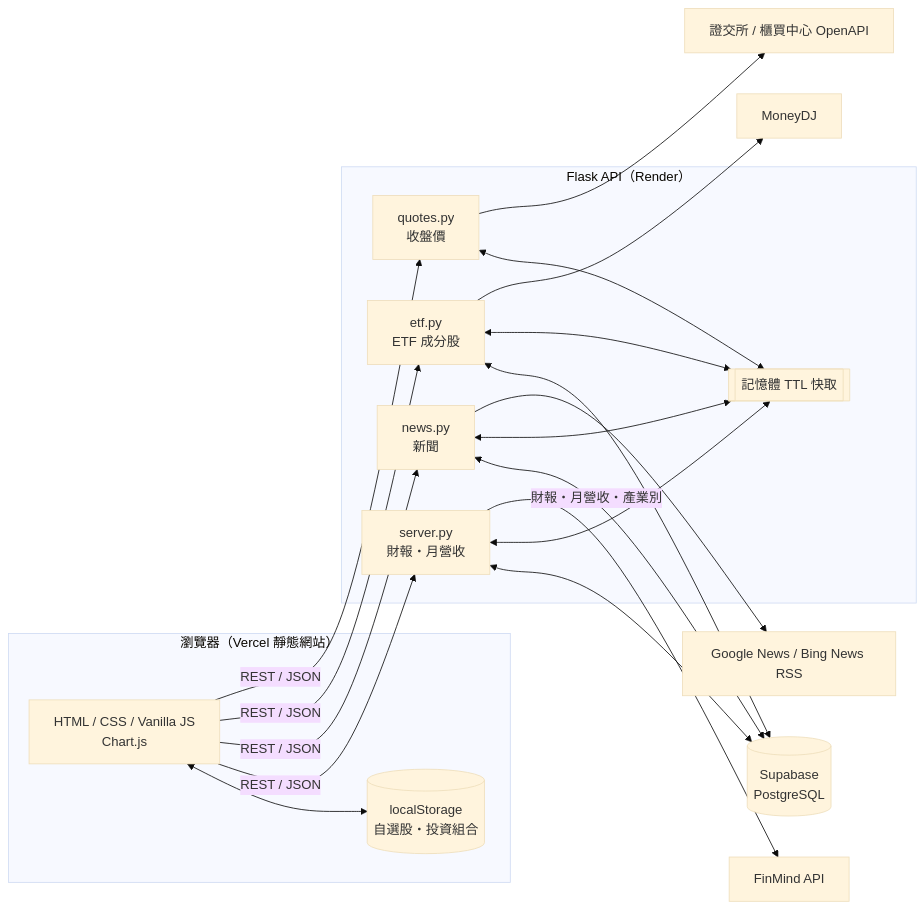
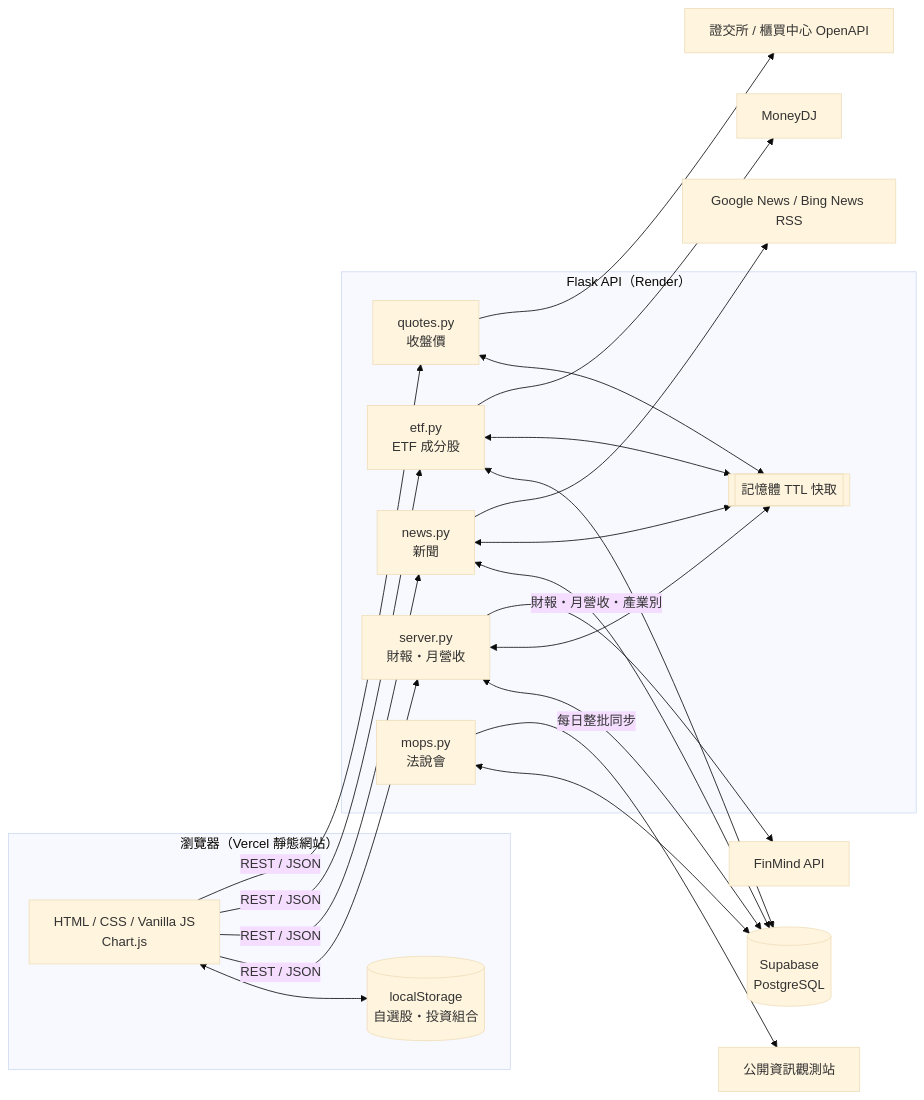
Before and after one commit to Ethan1407/financial-Statement: the diagram in README.md, drawn with Mermaid (base theme). The commit also changed other lines of this file and 10 other files, not shown here.

````diff
--- a/README.md
+++ b/README.md
@@ -55,27 +57,29 @@
 ```mermaid
 flowchart LR
     subgraph Browser["瀏覽器（Vercel 靜態網站）"]
         UI["HTML / CSS / Vanilla JS<br/>Chart.js"]
         LS[("localStorage<br/>自選股・投資組合")]
     end
 
     subgraph API["Flask API（Render）"]
         S["server.py<br/>財報・月營收"]
         N["news.py<br/>新聞"]
         E["etf.py<br/>ETF 成分股"]
         Q["quotes.py<br/>收盤價"]
+        C["mops.py<br/>法說會"]
         M[["記憶體 TTL 快取"]]
     end
 
     DB[("Supabase<br/>PostgreSQL")]
 
     UI <--> LS
     UI -- "REST / JSON" --> S & N & E & Q
-    S & N & E <--> DB
+    S & N & E & C <--> DB
     S & N & E & Q <--> M
 
     S -- 財報・月營收・產業別 --> FM["FinMind API"]
     N --> GN["Google News / Bing News RSS"]
     E --> MD["MoneyDJ"]
     Q --> TW["證交所 / 櫃買中心 OpenAPI"]
+    C -- 每日整批同步 --> MOPS["公開資訊觀測站"]
 ```
````
